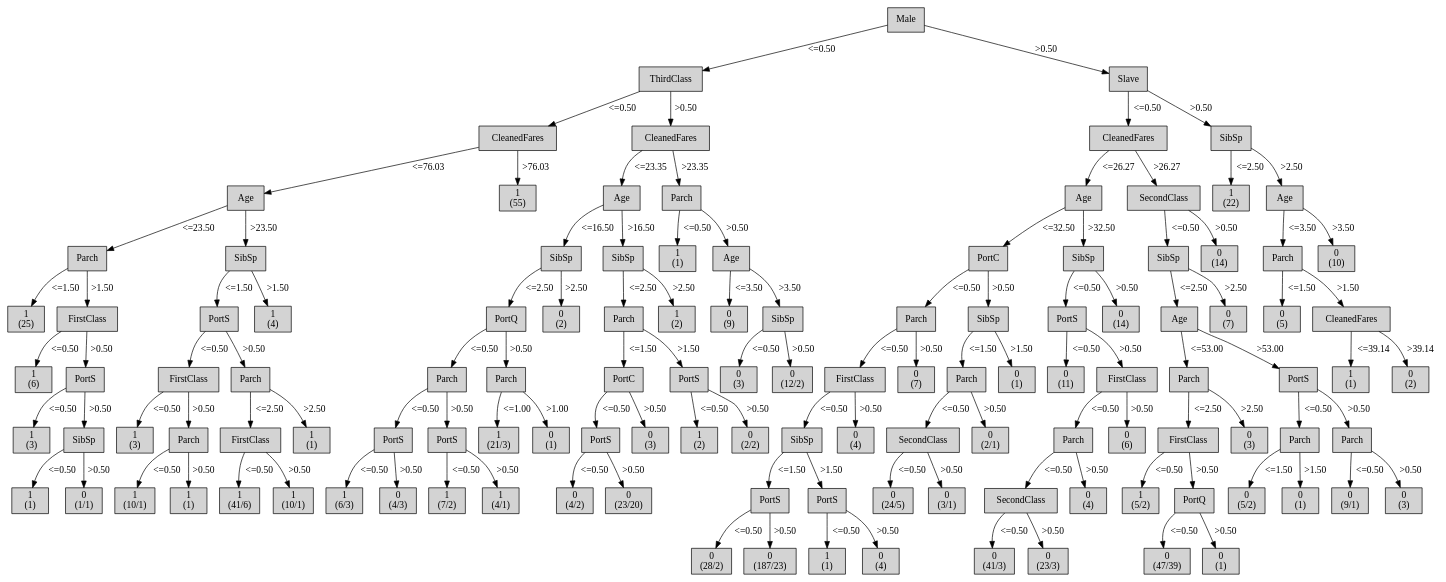
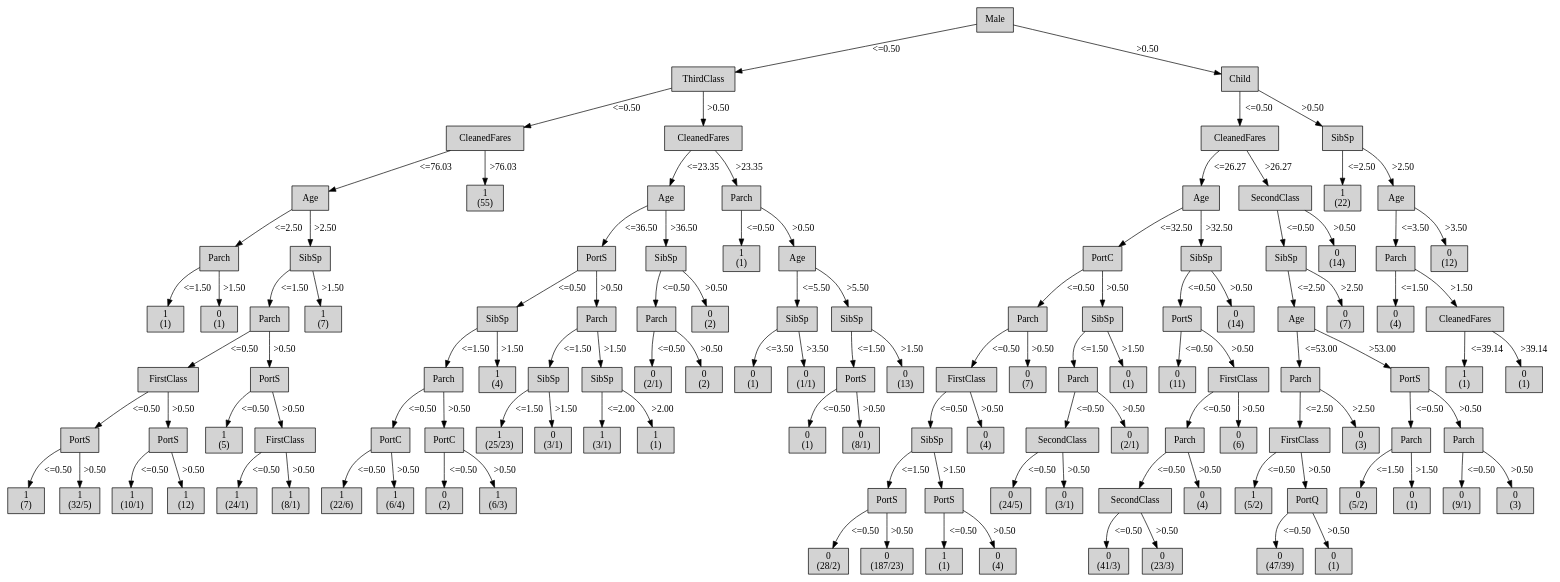
Before and after one commit to mklb/BI-Python3: the diagram in output/tree-generator-9/tree.dot, drawn with Graphviz. The commit also changed 14 other files, not shown here.

Commit message:
slave -> child

```diff
--- a/output/tree-generator-9/tree.dot
+++ b/output/tree-generator-9/tree.dot
@@ -12,424 +12,417 @@
 2 -> 3 [ label = "<=76.03"];
 "4" [shape=box, style=filled, label="Parch
 ", weight=5]
-3 -> 4 [ label = "<=23.50"];
+3 -> 4 [ label = "<=2.50"];
 "5" [shape=box, style=filled, label="1
-(25)
+(1)
 ", weight=6]
 4 -> 5 [ label = "<=1.50"];
-"6" [shape=box, style=filled, label="FirstClass
+"6" [shape=box, style=filled, label="0
+(1)
 ", weight=6]
 4 -> 6 [ label = ">1.50"];
-"7" [shape=box, style=filled, label="1
-(6)
+"7" [shape=box, style=filled, label="SibSp
+", weight=5]
+3 -> 7 [ label = ">2.50"];
+"8" [shape=box, style=filled, label="Parch
+", weight=6]
+7 -> 8 [ label = "<=1.50"];
+"9" [shape=box, style=filled, label="FirstClass
 ", weight=7]
-6 -> 7 [ label = "<=0.50"];
-"8" [shape=box, style=filled, label="PortS
-", weight=7]
-6 -> 8 [ label = ">0.50"];
-"9" [shape=box, style=filled, label="1
-(3)
+8 -> 9 [ label = "<=0.50"];
+"10" [shape=box, style=filled, label="PortS
 ", weight=8]
-8 -> 9 [ label = "<=0.50"];
-"10" [shape=box, style=filled, label="SibSp
-", weight=8]
-8 -> 10 [ label = ">0.50"];
+9 -> 10 [ label = "<=0.50"];
 "11" [shape=box, style=filled, label="1
-(1)
+(7)
 ", weight=9]
 10 -> 11 [ label = "<=0.50"];
-"12" [shape=box, style=filled, label="0
-(1/1)
+"12" [shape=box, style=filled, label="1
+(32/5)
 ", weight=9]
 10 -> 12 [ label = ">0.50"];
-"13" [shape=box, style=filled, label="SibSp
-", weight=5]
-3 -> 13 [ label = ">23.50"];
-"14" [shape=box, style=filled, label="PortS
-", weight=6]
-13 -> 14 [ label = "<=1.50"];
-"15" [shape=box, style=filled, label="FirstClass
-", weight=7]
-14 -> 15 [ label = "<=0.50"];
-"16" [shape=box, style=filled, label="1
-(3)
+"13" [shape=box, style=filled, label="PortS
 ", weight=8]
-15 -> 16 [ label = "<=0.50"];
-"17" [shape=box, style=filled, label="Parch
-", weight=8]
-15 -> 17 [ label = ">0.50"];
-"18" [shape=box, style=filled, label="1
+9 -> 13 [ label = ">0.50"];
+"14" [shape=box, style=filled, label="1
 (10/1)
 ", weight=9]
-17 -> 18 [ label = "<=0.50"];
+13 -> 14 [ label = "<=0.50"];
+"15" [shape=box, style=filled, label="1
+(12)
+", weight=9]
+13 -> 15 [ label = ">0.50"];
+"16" [shape=box, style=filled, label="PortS
+", weight=7]
+8 -> 16 [ label = ">0.50"];
+"17" [shape=box, style=filled, label="1
+(5)
+", weight=8]
+16 -> 17 [ label = "<=0.50"];
+"18" [shape=box, style=filled, label="FirstClass
+", weight=8]
+16 -> 18 [ label = ">0.50"];
 "19" [shape=box, style=filled, label="1
-(1)
+(24/1)
 ", weight=9]
-17 -> 19 [ label = ">0.50"];
-"20" [shape=box, style=filled, label="Parch
-", weight=7]
-14 -> 20 [ label = ">0.50"];
-"21" [shape=box, style=filled, label="FirstClass
-", weight=8]
-20 -> 21 [ label = "<=2.50"];
+18 -> 19 [ label = "<=0.50"];
+"20" [shape=box, style=filled, label="1
+(8/1)
+", weight=9]
+18 -> 20 [ label = ">0.50"];
+"21" [shape=box, style=filled, label="1
+(7)
+", weight=6]
+7 -> 21 [ label = ">1.50"];
 "22" [shape=box, style=filled, label="1
-(41/6)
-", weight=9]
-21 -> 22 [ label = "<=0.50"];
-"23" [shape=box, style=filled, label="1
-(10/1)
-", weight=9]
-21 -> 23 [ label = ">0.50"];
-"24" [shape=box, style=filled, label="1
-(1)
-", weight=8]
-20 -> 24 [ label = ">2.50"];
-"25" [shape=box, style=filled, label="1
-(4)
-", weight=6]
-13 -> 25 [ label = ">1.50"];
-"26" [shape=box, style=filled, label="1
 (55)
 ", weight=4]
-2 -> 26 [ label = ">76.03"];
-"27" [shape=box, style=filled, label="CleanedFares
+2 -> 22 [ label = ">76.03"];
+"23" [shape=box, style=filled, label="CleanedFares
 ", weight=3]
-1 -> 27 [ label = ">0.50"];
-"28" [shape=box, style=filled, label="Age
+1 -> 23 [ label = ">0.50"];
+"24" [shape=box, style=filled, label="Age
 ", weight=4]
-27 -> 28 [ label = "<=23.35"];
-"29" [shape=box, style=filled, label="SibSp
+23 -> 24 [ label = "<=23.35"];
+"25" [shape=box, style=filled, label="PortS
 ", weight=5]
-28 -> 29 [ label = "<=16.50"];
-"30" [shape=box, style=filled, label="PortQ
+24 -> 25 [ label = "<=36.50"];
+"26" [shape=box, style=filled, label="SibSp
 ", weight=6]
-29 -> 30 [ label = "<=2.50"];
-"31" [shape=box, style=filled, label="Parch
+25 -> 26 [ label = "<=0.50"];
+"27" [shape=box, style=filled, label="Parch
 ", weight=7]
-30 -> 31 [ label = "<=0.50"];
-"32" [shape=box, style=filled, label="PortS
+26 -> 27 [ label = "<=1.50"];
+"28" [shape=box, style=filled, label="PortC
 ", weight=8]
+27 -> 28 [ label = "<=0.50"];
+"29" [shape=box, style=filled, label="1
+(22/6)
+", weight=9]
+28 -> 29 [ label = "<=0.50"];
+"30" [shape=box, style=filled, label="1
+(6/4)
+", weight=9]
+28 -> 30 [ label = ">0.50"];
+"31" [shape=box, style=filled, label="PortC
+", weight=8]
+27 -> 31 [ label = ">0.50"];
+"32" [shape=box, style=filled, label="0
+(2)
+", weight=9]
 31 -> 32 [ label = "<=0.50"];
 "33" [shape=box, style=filled, label="1
 (6/3)
 ", weight=9]
-32 -> 33 [ label = "<=0.50"];
-"34" [shape=box, style=filled, label="0
-(4/3)
-", weight=9]
-32 -> 34 [ label = ">0.50"];
-"35" [shape=box, style=filled, label="PortS
+31 -> 33 [ label = ">0.50"];
+"34" [shape=box, style=filled, label="1
+(4)
+", weight=7]
+26 -> 34 [ label = ">1.50"];
+"35" [shape=box, style=filled, label="Parch
+", weight=6]
+25 -> 35 [ label = ">0.50"];
+"36" [shape=box, style=filled, label="SibSp
+", weight=7]
+35 -> 36 [ label = "<=1.50"];
+"37" [shape=box, style=filled, label="1
+(25/23)
 ", weight=8]
-31 -> 35 [ label = ">0.50"];
-"36" [shape=box, style=filled, label="1
-(7/2)
-", weight=9]
-35 -> 36 [ label = "<=0.50"];
-"37" [shape=box, style=filled, label="1
-(4/1)
-", weight=9]
-35 -> 37 [ label = ">0.50"];
-"38" [shape=box, style=filled, label="Parch
+36 -> 37 [ label = "<=1.50"];
+"38" [shape=box, style=filled, label="0
+(3/1)
+", weight=8]
+36 -> 38 [ label = ">1.50"];
+"39" [shape=box, style=filled, label="SibSp
 ", weight=7]
-30 -> 38 [ label = ">0.50"];
-"39" [shape=box, style=filled, label="1
-(21/3)
+35 -> 39 [ label = ">1.50"];
+"40" [shape=box, style=filled, label="1
+(3/1)
 ", weight=8]
-38 -> 39 [ label = "<=1.00"];
-"40" [shape=box, style=filled, label="0
+39 -> 40 [ label = "<=2.00"];
+"41" [shape=box, style=filled, label="1
 (1)
 ", weight=8]
-38 -> 40 [ label = ">1.00"];
-"41" [shape=box, style=filled, label="0
+39 -> 41 [ label = ">2.00"];
+"42" [shape=box, style=filled, label="SibSp
+", weight=5]
+24 -> 42 [ label = ">36.50"];
+"43" [shape=box, style=filled, label="Parch
+", weight=6]
+42 -> 43 [ label = "<=0.50"];
+"44" [shape=box, style=filled, label="0
+(2/1)
+", weight=7]
+43 -> 44 [ label = "<=0.50"];
+"45" [shape=box, style=filled, label="0
+(2)
+", weight=7]
+43 -> 45 [ label = ">0.50"];
+"46" [shape=box, style=filled, label="0
 (2)
 ", weight=6]
-29 -> 41 [ label = ">2.50"];
-"42" [shape=box, style=filled, label="SibSp
+42 -> 46 [ label = ">0.50"];
+"47" [shape=box, style=filled, label="Parch
+", weight=4]
+23 -> 47 [ label = ">23.35"];
+"48" [shape=box, style=filled, label="1
+(1)
 ", weight=5]
-28 -> 42 [ label = ">16.50"];
-"43" [shape=box, style=filled, label="Parch
+47 -> 48 [ label = "<=0.50"];
+"49" [shape=box, style=filled, label="Age
+", weight=5]
+47 -> 49 [ label = ">0.50"];
+"50" [shape=box, style=filled, label="SibSp
 ", weight=6]
-42 -> 43 [ label = "<=2.50"];
-"44" [shape=box, style=filled, label="PortC
+49 -> 50 [ label = "<=5.50"];
+"51" [shape=box, style=filled, label="0
+(1)
 ", weight=7]
-43 -> 44 [ label = "<=1.50"];
-"45" [shape=box, style=filled, label="PortS
+50 -> 51 [ label = "<=3.50"];
+"52" [shape=box, style=filled, label="0
+(1/1)
+", weight=7]
+50 -> 52 [ label = ">3.50"];
+"53" [shape=box, style=filled, label="SibSp
+", weight=6]
+49 -> 53 [ label = ">5.50"];
+"54" [shape=box, style=filled, label="PortS
+", weight=7]
+53 -> 54 [ label = "<=1.50"];
+"55" [shape=box, style=filled, label="0
+(1)
 ", weight=8]
-44 -> 45 [ label = "<=0.50"];
-"46" [shape=box, style=filled, label="0
-(4/2)
+54 -> 55 [ label = "<=0.50"];
+"56" [shape=box, style=filled, label="0
+(8/1)
+", weight=8]
+54 -> 56 [ label = ">0.50"];
+"57" [shape=box, style=filled, label="0
+(13)
+", weight=7]
+53 -> 57 [ label = ">1.50"];
+"58" [shape=box, style=filled, label="Child
+", weight=2]
+0 -> 58 [ label = ">0.50"];
+"59" [shape=box, style=filled, label="CleanedFares
+", weight=3]
+58 -> 59 [ label = "<=0.50"];
+"60" [shape=box, style=filled, label="Age
+", weight=4]
+59 -> 60 [ label = "<=26.27"];
+"61" [shape=box, style=filled, label="PortC
+", weight=5]
+60 -> 61 [ label = "<=32.50"];
+"62" [shape=box, style=filled, label="Parch
+", weight=6]
+61 -> 62 [ label = "<=0.50"];
+"63" [shape=box, style=filled, label="FirstClass
+", weight=7]
+62 -> 63 [ label = "<=0.50"];
+"64" [shape=box, style=filled, label="SibSp
+", weight=8]
+63 -> 64 [ label = "<=0.50"];
+"65" [shape=box, style=filled, label="PortS
 ", weight=9]
-45 -> 46 [ label = "<=0.50"];
-"47" [shape=box, style=filled, label="0
-(23/20)
+64 -> 65 [ label = "<=1.50"];
+"66" [shape=box, style=filled, label="0
+(28/2)
+", weight=10]
+65 -> 66 [ label = "<=0.50"];
+"67" [shape=box, style=filled, label="0
+(187/23)
+", weight=10]
+65 -> 67 [ label = ">0.50"];
+"68" [shape=box, style=filled, label="PortS
 ", weight=9]
-45 -> 47 [ label = ">0.50"];
-"48" [shape=box, style=filled, label="0
+64 -> 68 [ label = ">1.50"];
+"69" [shape=box, style=filled, label="1
+(1)
+", weight=10]
+68 -> 69 [ label = "<=0.50"];
+"70" [shape=box, style=filled, label="0
+(4)
+", weight=10]
+68 -> 70 [ label = ">0.50"];
+"71" [shape=box, style=filled, label="0
+(4)
+", weight=8]
+63 -> 71 [ label = ">0.50"];
+"72" [shape=box, style=filled, label="0
+(7)
+", weight=7]
+62 -> 72 [ label = ">0.50"];
+"73" [shape=box, style=filled, label="SibSp
+", weight=6]
+61 -> 73 [ label = ">0.50"];
+"74" [shape=box, style=filled, label="Parch
+", weight=7]
+73 -> 74 [ label = "<=1.50"];
+"75" [shape=box, style=filled, label="SecondClass
+", weight=8]
+74 -> 75 [ label = "<=0.50"];
+"76" [shape=box, style=filled, label="0
+(24/5)
+", weight=9]
+75 -> 76 [ label = "<=0.50"];
+"77" [shape=box, style=filled, label="0
+(3/1)
+", weight=9]
+75 -> 77 [ label = ">0.50"];
+"78" [shape=box, style=filled, label="0
+(2/1)
+", weight=8]
+74 -> 78 [ label = ">0.50"];
+"79" [shape=box, style=filled, label="0
+(1)
+", weight=7]
+73 -> 79 [ label = ">1.50"];
+"80" [shape=box, style=filled, label="SibSp
+", weight=5]
+60 -> 80 [ label = ">32.50"];
+"81" [shape=box, style=filled, label="PortS
+", weight=6]
+80 -> 81 [ label = "<=0.50"];
+"82" [shape=box, style=filled, label="0
+(11)
+", weight=7]
+81 -> 82 [ label = "<=0.50"];
+"83" [shape=box, style=filled, label="FirstClass
+", weight=7]
+81 -> 83 [ label = ">0.50"];
+"84" [shape=box, style=filled, label="Parch
+", weight=8]
+83 -> 84 [ label = "<=0.50"];
+"85" [shape=box, style=filled, label="SecondClass
+", weight=9]
+84 -> 85 [ label = "<=0.50"];
+"86" [shape=box, style=filled, label="0
+(41/3)
+", weight=10]
+85 -> 86 [ label = "<=0.50"];
+"87" [shape=box, style=filled, label="0
+(23/3)
+", weight=10]
+85 -> 87 [ label = ">0.50"];
+"88" [shape=box, style=filled, label="0
+(4)
+", weight=9]
+84 -> 88 [ label = ">0.50"];
+"89" [shape=box, style=filled, label="0
+(6)
+", weight=8]
+83 -> 89 [ label = ">0.50"];
+"90" [shape=box, style=filled, label="0
+(14)
+", weight=6]
+80 -> 90 [ label = ">0.50"];
+"91" [shape=box, style=filled, label="SecondClass
+", weight=4]
+59 -> 91 [ label = ">26.27"];
+"92" [shape=box, style=filled, label="SibSp
+", weight=5]
+91 -> 92 [ label = "<=0.50"];
+"93" [shape=box, style=filled, label="Age
+", weight=6]
+92 -> 93 [ label = "<=2.50"];
+"94" [shape=box, style=filled, label="Parch
+", weight=7]
+93 -> 94 [ label = "<=53.00"];
+"95" [shape=box, style=filled, label="FirstClass
+", weight=8]
+94 -> 95 [ label = "<=2.50"];
+"96" [shape=box, style=filled, label="1
+(5/2)
+", weight=9]
+95 -> 96 [ label = "<=0.50"];
+"97" [shape=box, style=filled, label="PortQ
+", weight=9]
+95 -> 97 [ label = ">0.50"];
+"98" [shape=box, style=filled, label="0
+(47/39)
+", weight=10]
+97 -> 98 [ label = "<=0.50"];
+"99" [shape=box, style=filled, label="0
+(1)
+", weight=10]
+97 -> 99 [ label = ">0.50"];
+"100" [shape=box, style=filled, label="0
 (3)
 ", weight=8]
-44 -> 48 [ label = ">0.50"];
-"49" [shape=box, style=filled, label="PortS
+94 -> 100 [ label = ">2.50"];
+"101" [shape=box, style=filled, label="PortS
 ", weight=7]
-43 -> 49 [ label = ">1.50"];
-"50" [shape=box, style=filled, label="1
-(2)
+93 -> 101 [ label = ">53.00"];
+"102" [shape=box, style=filled, label="Parch
 ", weight=8]
-49 -> 50 [ label = "<=0.50"];
-"51" [shape=box, style=filled, label="0
-(2/2)
+101 -> 102 [ label = "<=0.50"];
+"103" [shape=box, style=filled, label="0
+(5/2)
+", weight=9]
+102 -> 103 [ label = "<=1.50"];
+"104" [shape=box, style=filled, label="0
+(1)
+", weight=9]
+102 -> 104 [ label = ">1.50"];
+"105" [shape=box, style=filled, label="Parch
 ", weight=8]
-49 -> 51 [ label = ">0.50"];
-"52" [shape=box, style=filled, label="1
-(2)
+101 -> 105 [ label = ">0.50"];
+"106" [shape=box, style=filled, label="0
+(9/1)
+", weight=9]
+105 -> 106 [ label = "<=0.50"];
+"107" [shape=box, style=filled, label="0
+(3)
+", weight=9]
+105 -> 107 [ label = ">0.50"];
+"108" [shape=box, style=filled, label="0
+(7)
 ", weight=6]
-42 -> 52 [ label = ">2.50"];
-"53" [shape=box, style=filled, label="Parch
+92 -> 108 [ label = ">2.50"];
+"109" [shape=box, style=filled, label="0
+(14)
+", weight=5]
+91 -> 109 [ label = ">0.50"];
+"110" [shape=box, style=filled, label="SibSp
+", weight=3]
+58 -> 110 [ label = ">0.50"];
+"111" [shape=box, style=filled, label="1
+(22)
 ", weight=4]
-27 -> 53 [ label = ">23.35"];
-"54" [shape=box, style=filled, label="1
-(1)
+110 -> 111 [ label = "<=2.50"];
+"112" [shape=box, style=filled, label="Age
+", weight=4]
+110 -> 112 [ label = ">2.50"];
+"113" [shape=box, style=filled, label="Parch
 ", weight=5]
-53 -> 54 [ label = "<=0.50"];
-"55" [shape=box, style=filled, label="Age
-", weight=5]
-53 -> 55 [ label = ">0.50"];
-"56" [shape=box, style=filled, label="0
-(9)
+112 -> 113 [ label = "<=3.50"];
+"114" [shape=box, style=filled, label="0
+(4)
 ", weight=6]
-55 -> 56 [ label = "<=3.50"];
-"57" [shape=box, style=filled, label="SibSp
+113 -> 114 [ label = "<=1.50"];
+"115" [shape=box, style=filled, label="CleanedFares
 ", weight=6]
-55 -> 57 [ label = ">3.50"];
-"58" [shape=box, style=filled, label="0
-(3)
-", weight=7]
-57 -> 58 [ label = "<=0.50"];
-"59" [shape=box, style=filled, label="0
-(12/2)
-", weight=7]
-57 -> 59 [ label = ">0.50"];
-"60" [shape=box, style=filled, label="Slave
-", weight=2]
-0 -> 60 [ label = ">0.50"];
-"61" [shape=box, style=filled, label="CleanedFares
-", weight=3]
-60 -> 61 [ label = "<=0.50"];
-"62" [shape=box, style=filled, label="Age
-", weight=4]
-61 -> 62 [ label = "<=26.27"];
-"63" [shape=box, style=filled, label="PortC
-", weight=5]
-62 -> 63 [ label = "<=32.50"];
-"64" [shape=box, style=filled, label="Parch
-", weight=6]
-63 -> 64 [ label = "<=0.50"];
-"65" [shape=box, style=filled, label="FirstClass
-", weight=7]
-64 -> 65 [ label = "<=0.50"];
-"66" [shape=box, style=filled, label="SibSp
-", weight=8]
-65 -> 66 [ label = "<=0.50"];
-"67" [shape=box, style=filled, label="PortS
-", weight=9]
-66 -> 67 [ label = "<=1.50"];
-"68" [shape=box, style=filled, label="0
-(28/2)
-", weight=10]
-67 -> 68 [ label = "<=0.50"];
-"69" [shape=box, style=filled, label="0
-(187/23)
-", weight=10]
-67 -> 69 [ label = ">0.50"];
-"70" [shape=box, style=filled, label="PortS
-", weight=9]
-66 -> 70 [ label = ">1.50"];
-"71" [shape=box, style=filled, label="1
-(1)
-", weight=10]
-70 -> 71 [ label = "<=0.50"];
-"72" [shape=box, style=filled, label="0
-(4)
-", weight=10]
-70 -> 72 [ label = ">0.50"];
-"73" [shape=box, style=filled, label="0
-(4)
-", weight=8]
-65 -> 73 [ label = ">0.50"];
-"74" [shape=box, style=filled, label="0
-(7)
-", weight=7]
-64 -> 74 [ label = ">0.50"];
-"75" [shape=box, style=filled, label="SibSp
-", weight=6]
-63 -> 75 [ label = ">0.50"];
-"76" [shape=box, style=filled, label="Parch
-", weight=7]
-75 -> 76 [ label = "<=1.50"];
-"77" [shape=box, style=filled, label="SecondClass
-", weight=8]
-76 -> 77 [ label = "<=0.50"];
-"78" [shape=box, style=filled, label="0
-(24/5)
-", weight=9]
-77 -> 78 [ label = "<=0.50"];
-"79" [shape=box, style=filled, label="0
-(3/1)
-", weight=9]
-77 -> 79 [ label = ">0.50"];
-"80" [shape=box, style=filled, label="0
-(2/1)
-", weight=8]
-76 -> 80 [ label = ">0.50"];
-"81" [shape=box, style=filled, label="0
+113 -> 115 [ label = ">1.50"];
+"116" [shape=box, style=filled, label="1
 (1)
 ", weight=7]
-75 -> 81 [ label = ">1.50"];
-"82" [shape=box, style=filled, label="SibSp
-", weight=5]
-62 -> 82 [ label = ">32.50"];
-"83" [shape=box, style=filled, label="PortS
-", weight=6]
-82 -> 83 [ label = "<=0.50"];
-"84" [shape=box, style=filled, label="0
-(11)
-", weight=7]
-83 -> 84 [ label = "<=0.50"];
-"85" [shape=box, style=filled, label="FirstClass
-", weight=7]
-83 -> 85 [ label = ">0.50"];
-"86" [shape=box, style=filled, label="Parch
-", weight=8]
-85 -> 86 [ label = "<=0.50"];
-"87" [shape=box, style=filled, label="SecondClass
-", weight=9]
-86 -> 87 [ label = "<=0.50"];
-"88" [shape=box, style=filled, label="0
-(41/3)
-", weight=10]
-87 -> 88 [ label = "<=0.50"];
-"89" [shape=box, style=filled, label="0
-(23/3)
-", weight=10]
-87 -> 89 [ label = ">0.50"];
-"90" [shape=box, style=filled, label="0
-(4)
-", weight=9]
-86 -> 90 [ label = ">0.50"];
-"91" [shape=box, style=filled, label="0
-(6)
-", weight=8]
-85 -> 91 [ label = ">0.50"];
-"92" [shape=box, style=filled, label="0
-(14)
-", weight=6]
-82 -> 92 [ label = ">0.50"];
-"93" [shape=box, style=filled, label="SecondClass
-", weight=4]
-61 -> 93 [ label = ">26.27"];
-"94" [shape=box, style=filled, label="SibSp
-", weight=5]
-93 -> 94 [ label = "<=0.50"];
-"95" [shape=box, style=filled, label="Age
-", weight=6]
-94 -> 95 [ label = "<=2.50"];
-"96" [shape=box, style=filled, label="Parch
-", weight=7]
-95 -> 96 [ label = "<=53.00"];
-"97" [shape=box, style=filled, label="FirstClass
-", weight=8]
-96 -> 97 [ label = "<=2.50"];
-"98" [shape=box, style=filled, label="1
-(5/2)
-", weight=9]
-97 -> 98 [ label = "<=0.50"];
-"99" [shape=box, style=filled, label="PortQ
-", weight=9]
-97 -> 99 [ label = ">0.50"];
-"100" [shape=box, style=filled, label="0
-(47/39)
-", weight=10]
-99 -> 100 [ label = "<=0.50"];
-"101" [shape=box, style=filled, label="0
-(1)
-", weight=10]
-99 -> 101 [ label = ">0.50"];
-"102" [shape=box, style=filled, label="0
-(3)
-", weight=8]
-96 -> 102 [ label = ">2.50"];
-"103" [shape=box, style=filled, label="PortS
-", weight=7]
-95 -> 103 [ label = ">53.00"];
-"104" [shape=box, style=filled, label="Parch
-", weight=8]
-103 -> 104 [ label = "<=0.50"];
-"105" [shape=box, style=filled, label="0
-(5/2)
-", weight=9]
-104 -> 105 [ label = "<=1.50"];
-"106" [shape=box, style=filled, label="0
-(1)
-", weight=9]
-104 -> 106 [ label = ">1.50"];
-"107" [shape=box, style=filled, label="Parch
-", weight=8]
-103 -> 107 [ label = ">0.50"];
-"108" [shape=box, style=filled, label="0
-(9/1)
-", weight=9]
-107 -> 108 [ label = "<=0.50"];
-"109" [shape=box, style=filled, label="0
-(3)
-", weight=9]
-107 -> 109 [ label = ">0.50"];
-"110" [shape=box, style=filled, label="0
-(7)
-", weight=6]
-94 -> 110 [ label = ">2.50"];
-"111" [shape=box, style=filled, label="0
-(14)
-", weight=5]
-93 -> 111 [ label = ">0.50"];
-"112" [shape=box, style=filled, label="SibSp
-", weight=3]
-60 -> 112 [ label = ">0.50"];
-"113" [shape=box, style=filled, label="1
-(22)
-", weight=4]
-112 -> 113 [ label = "<=2.50"];
-"114" [shape=box, style=filled, label="Age
-", weight=4]
-112 -> 114 [ label = ">2.50"];
-"115" [shape=box, style=filled, label="Parch
-", weight=5]
-114 -> 115 [ label = "<=3.50"];
-"116" [shape=box, style=filled, label="0
-(5)
-", weight=6]
-115 -> 116 [ label = "<=1.50"];
-"117" [shape=box, style=filled, label="CleanedFares
-", weight=6]
-115 -> 117 [ label = ">1.50"];
-"118" [shape=box, style=filled, label="1
+115 -> 116 [ label = "<=39.14"];
+"117" [shape=box, style=filled, label="0
 (1)
 ", weight=7]
-117 -> 118 [ label = "<=39.14"];
-"119" [shape=box, style=filled, label="0
-(2)
-", weight=7]
-117 -> 119 [ label = ">39.14"];
-"120" [shape=box, style=filled, label="0
-(10)
+115 -> 117 [ label = ">39.14"];
+"118" [shape=box, style=filled, label="0
+(12)
 ", weight=5]
-114 -> 120 [ label = ">3.50"];
+112 -> 118 [ label = ">3.50"];
 {rank=same; 0;};
-{rank=same; 68;69;71;72;88;89;100;101;};
-{rank=same; 1;60;};
-{rank=same; 2;27;61;112;};
-{rank=same; 3;26;28;53;62;93;113;114;};
-{rank=same; 4;13;29;42;54;55;63;82;94;111;115;120;};
-{rank=same; 5;6;14;25;30;41;43;52;56;57;64;75;83;92;95;110;116;117;};
-{rank=same; 7;8;15;20;31;38;44;49;58;59;65;74;76;81;84;85;96;103;118;119;};
-{rank=same; 9;10;16;17;21;24;32;35;39;40;45;48;50;51;66;73;77;80;86;91;97;102;104;107;};
-{rank=same; 11;12;18;19;22;23;33;34;36;37;46;47;67;70;78;79;87;90;98;99;105;106;108;109;};
+{rank=same; 66;67;69;70;86;87;98;99;};
+{rank=same; 1;58;};
+{rank=same; 2;23;59;110;};
+{rank=same; 3;22;24;47;60;91;111;112;};
+{rank=same; 4;7;25;42;48;49;61;80;92;109;113;118;};
+{rank=same; 5;6;8;21;26;35;43;46;50;53;62;73;81;90;93;108;114;115;};
+{rank=same; 9;16;27;34;36;39;44;45;51;52;54;57;63;72;74;79;82;83;94;101;116;117;};
+{rank=same; 10;13;17;18;28;31;37;38;40;41;55;56;64;71;75;78;84;89;95;100;102;105;};
+{rank=same; 11;12;14;15;19;20;29;30;32;33;65;68;76;77;85;88;96;97;103;104;106;107;};
 }
```
